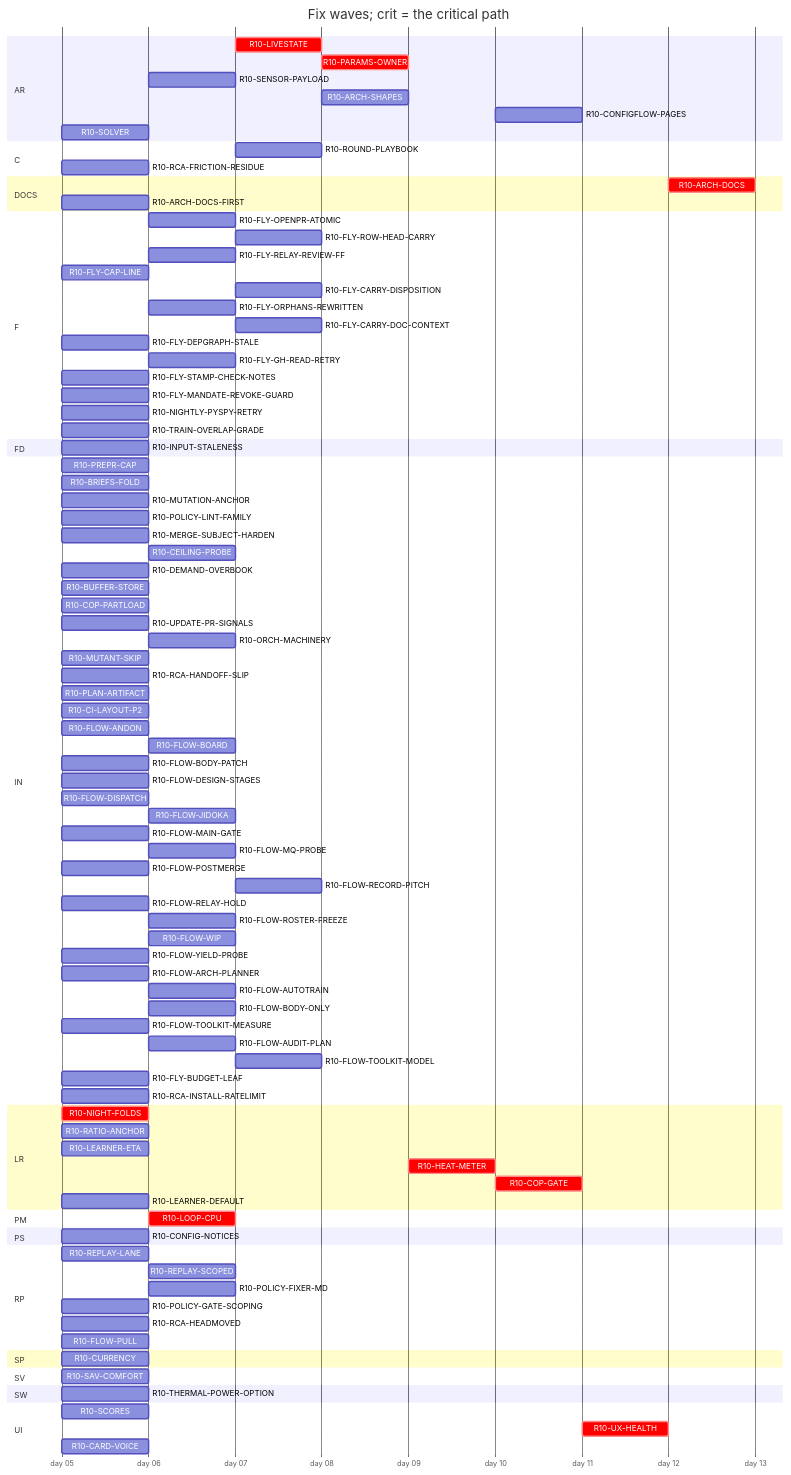
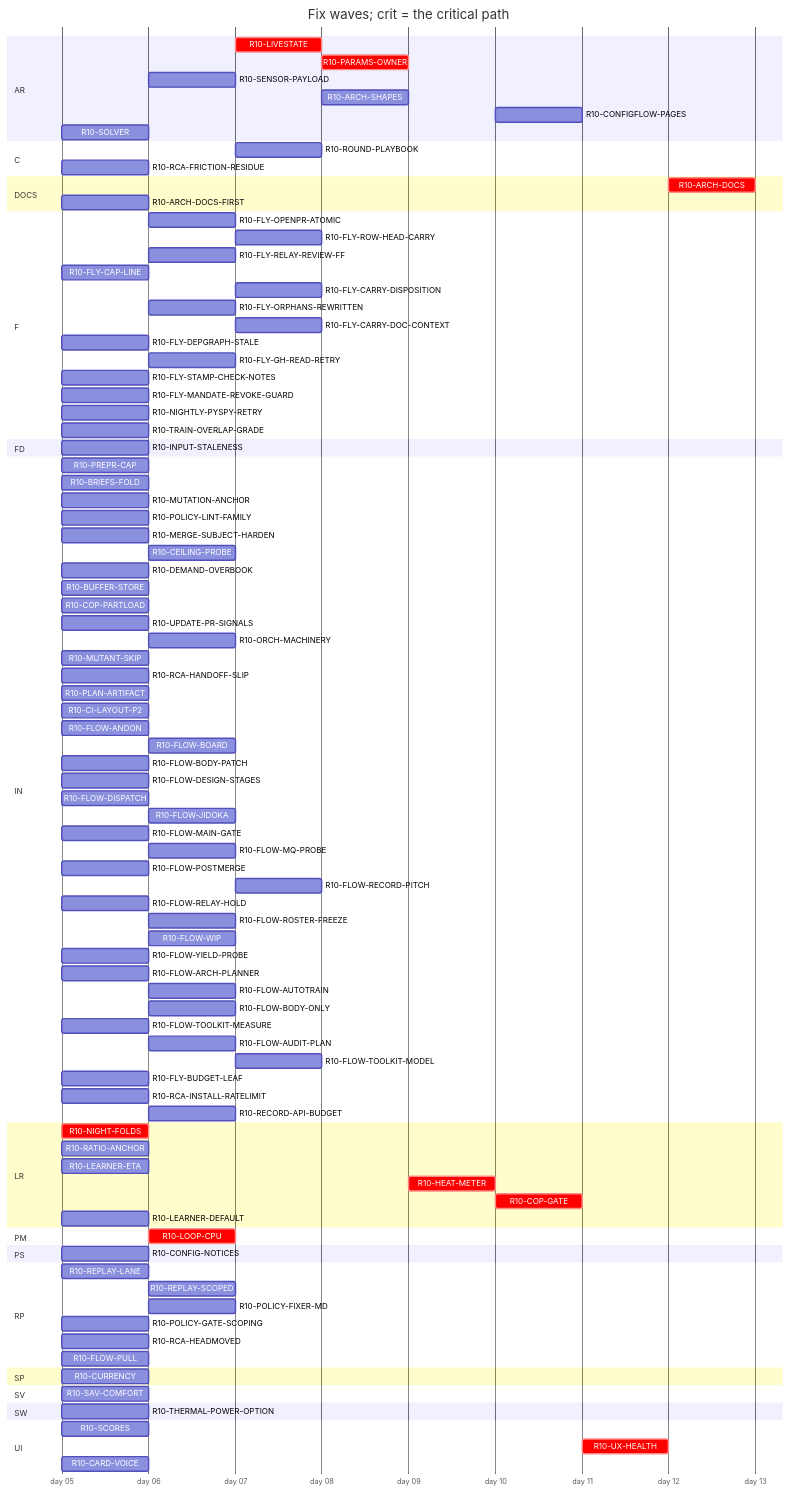
One commit to tvofi/heatpump_optimizer changed the diagram in handoff/round10/state/PLAN-TABLE.md. Above: the diagram before and after it, drawn with Mermaid. The commit also changed other lines of this file and 2 other files, not shown here.

```diff
--- a/handoff/round10/state/PLAN-TABLE.md
+++ b/handoff/round10/state/PLAN-TABLE.md
@@ -96,6 +96,7 @@
     R10-FLOW-TOOLKIT-MODEL :r10FLOWTOOLKITMODEL, after r10ORCHMACHINERY r10FLOWTOOLKITMEASURE, 1d
     R10-FLY-BUDGET-LEAF :r10FLYBUDGETLEAF, 2026-01-05, 1d
     R10-RCA-INSTALL-RATELIMIT :r10RCAINSTALLRATELIMIT, 2026-01-05, 1d
+    R10-RECORD-API-BUDGET :r10RECORDAPIBUDGET, after r10RCAINSTALLRATELIMIT, 1d
   section LR
     R10-NIGHT-FOLDS :crit, r10NIGHTFOLDS, 2026-01-05, 1d
     R10-RATIO-ANCHOR :r10RATIOANCHOR, 2026-01-05, 1d
```
